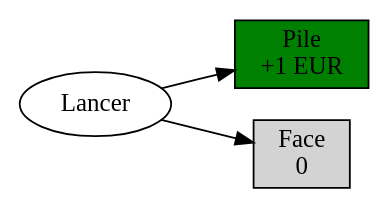
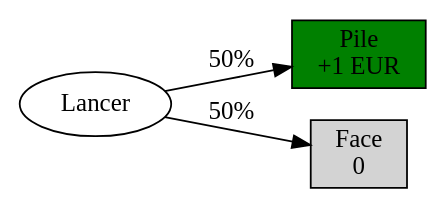
One commit to RedRise/lect_options_and_mm changed the diagram in data/faircoin_fr.dot. Above: the diagram before and after it, drawn with Graphviz. The commit also changed 17 other files, not shown here.

```diff
--- a/data/faircoin_fr.dot
+++ b/data/faircoin_fr.dot
@@ -1,11 +1,11 @@
 digraph G {
   
   rankdir=LR;
 
   Lancer;
   Pile [shape=box, label="Pile\n+1 EUR", style="filled", fillcolor="green"];
   Face [shape=box, label="Face\n 0", style="filled", fillcolor="lightgrey"];
 
-  Lancer -> Pile;
-  Lancer -> Face; 
+  Lancer -> Pile [label="50%"];
+  Lancer -> Face [label="50%"]; 
 }
```
